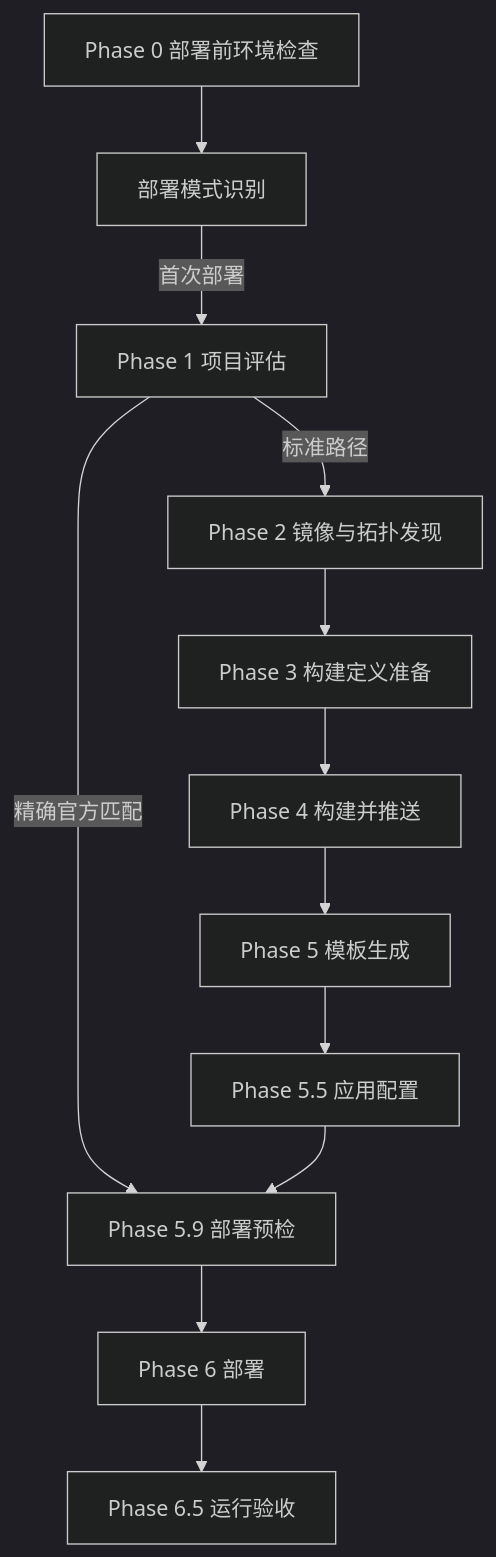
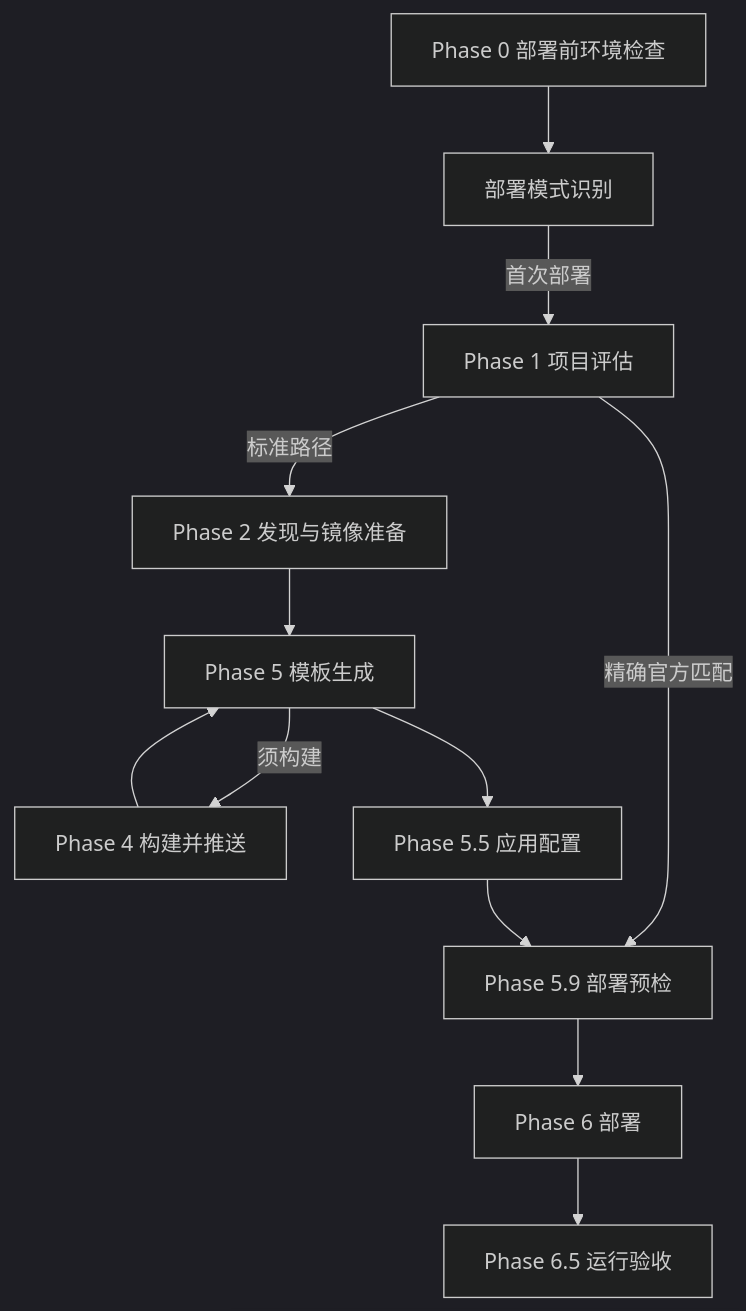
One commit to Che-Zhu/sealos-skills-doc changed the diagram in pipeline/overview.mdx. Above: the diagram before and after it, drawn with Mermaid (dark theme). The commit also changed other lines of this file and 13 other files, not shown here.

````diff
--- a/pipeline/overview.mdx
+++ b/pipeline/overview.mdx
@@ -29,20 +29,22 @@
 ```mermaid
 flowchart TD
   P0[Phase 0 部署前环境检查]
   MD[部署模式识别]
   P1[Phase 1 项目评估]
-  P2[Phase 2 镜像与拓扑发现]
-  P3[Phase 3 构建定义准备]
+  P2[Phase 2 发现与镜像准备]
   P4[Phase 4 构建并推送]
   P5[Phase 5 模板生成]
   P55[Phase 5.5 应用配置]
   P59[Phase 5.9 部署预检]
   P6[Phase 6 部署]
   P65[Phase 6.5 运行验收]
 
   P0 --> MD
   MD -->|首次部署| P1
   P1 -->|精确官方匹配| P59
   P1 -->|标准路径| P2
-  P2 --> P3 --> P4 --> P5 --> P55 --> P59 --> P6 --> P65
+  P2 --> P5
+  P5 -->|须构建| P4
+  P4 --> P5
+  P5 --> P55 --> P59 --> P6 --> P65
 ```
````
